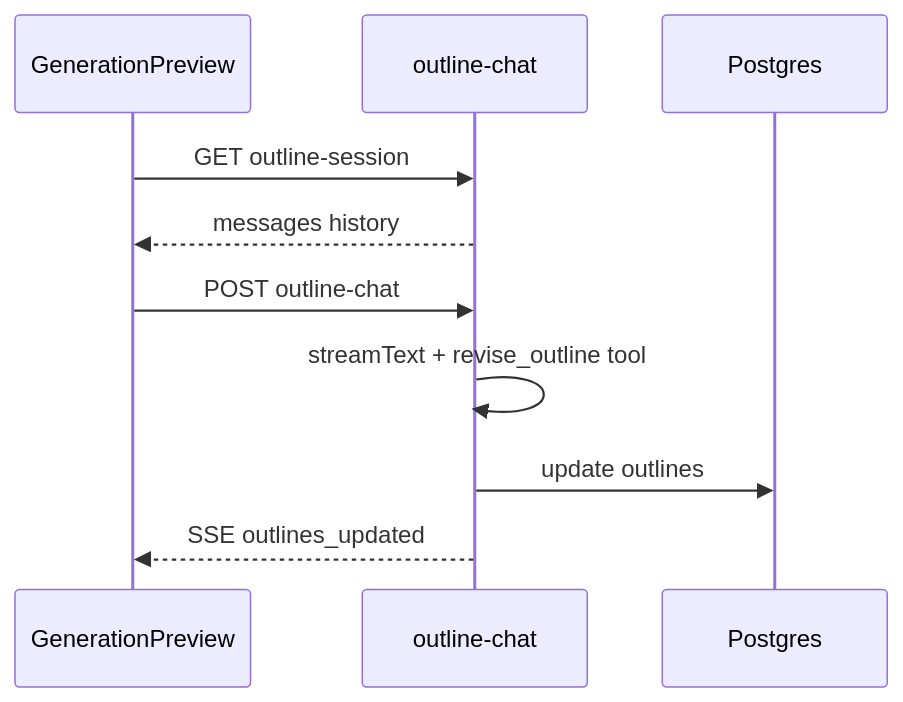
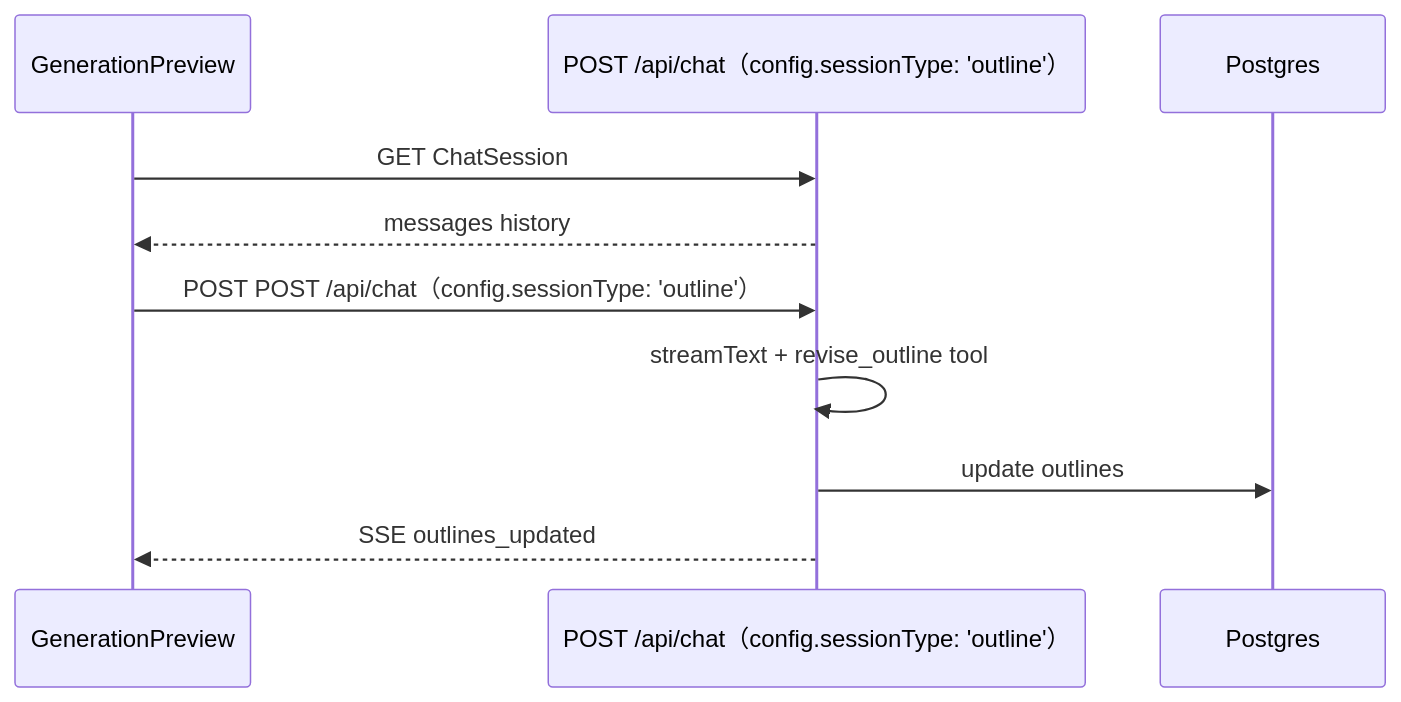
Before and after one commit to HeyChizuru/mindflow: the sixth of 6 diagrams in docs/ARCHITECTURE.md, drawn with Mermaid. The commit also changed other lines of this file and 8 other files, not shown here.

````diff
--- a/docs/ARCHITECTURE.md
+++ b/docs/ARCHITECTURE.md
@@ -338,13 +317,13 @@
 ```mermaid
 sequenceDiagram
   participant P as GenerationPreview
-  participant API as outline-chat
+  participant API as POST /api/chat（config.sessionType: 'outline'）
   participant DB as Postgres
 
-  P->>API: GET outline-session
+  P->>API: GET ChatSession
   API-->>P: messages history
-  P->>API: POST outline-chat
+  P->>API: POST POST /api/chat（config.sessionType: 'outline'）
   API->>API: streamText + revise_outline tool
   API->>DB: update outlines
   API-->>P: SSE outlines_updated
 ```
````
